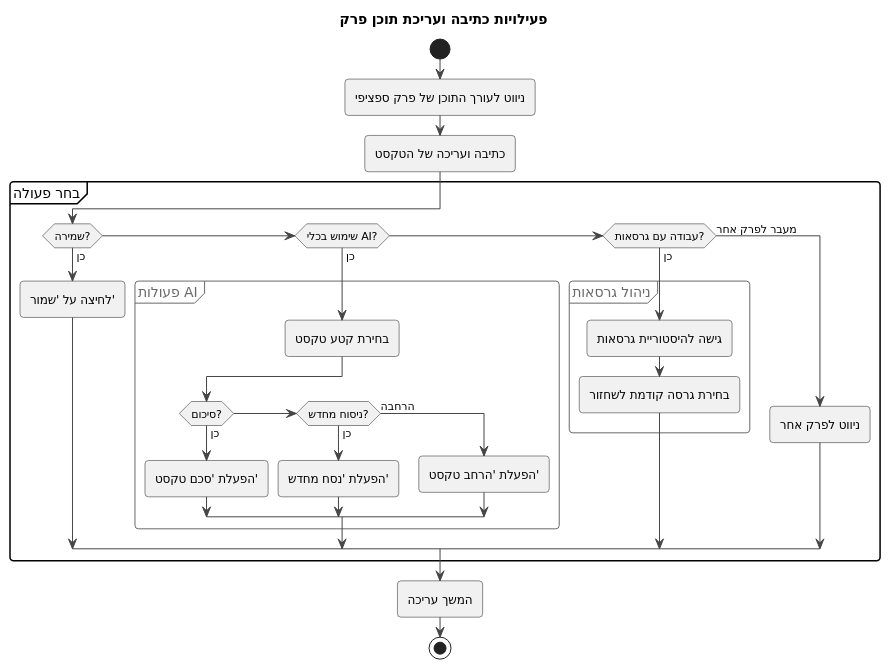
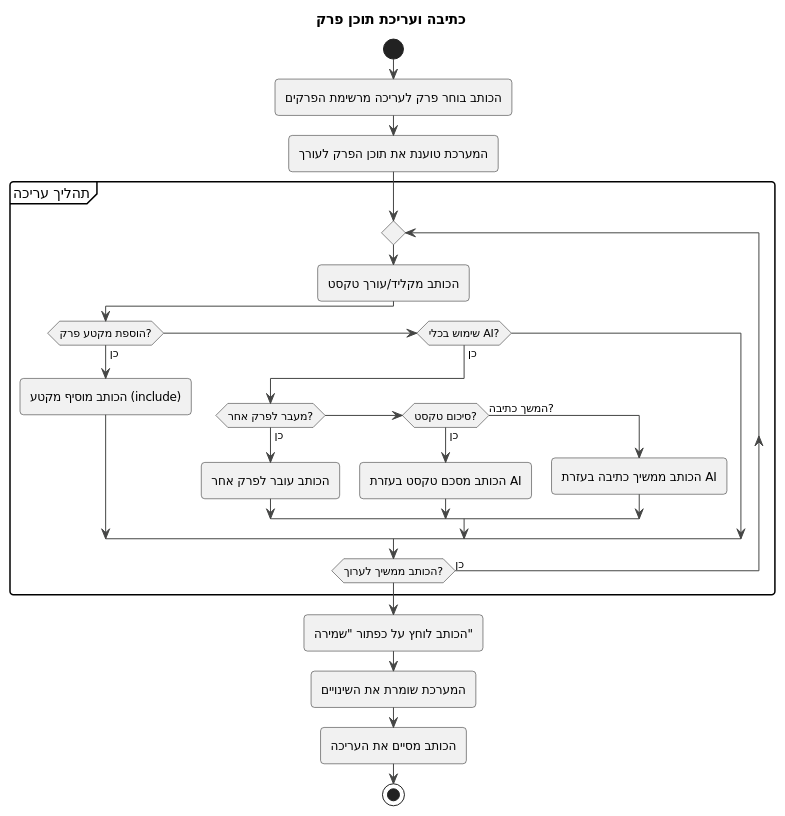
Before and after one commit to Arado3333/PageByPage_Israel_Arad: the diagram in UML/Activity/Writer/WR-UC-04.puml, drawn with PlantUML. The commit also changed 9 other files, not shown here.

```diff
--- a/UML/Activity/Writer/WR-UC-04.puml
+++ b/UML/Activity/Writer/WR-UC-04.puml
@@ -1,42 +1,34 @@
 @startuml
 !theme vibrant
 
-title פעילויות כתיבה ועריכת תוכן פרק
+title "כתיבה ועריכת תוכן פרק"
 
 start
-:ניווט לעורך התוכן של פרק ספציפי;
+:הכותב בוחר פרק לעריכה מרשימת הפרקים;
+:המערכת טוענת את תוכן הפרק לעורך;
 
-:כתיבה ועריכה של הטקסט;
+partition "תהליך עריכה" {
+    repeat
+        :הכותב מקליד/עורך טקסט;
 
-partition "בחר פעולה" {
-  if (שמירה?) then (כן)
-    :לחיצה על 'שמור';
-
-  else if (שימוש בכלי AI?) then (כן)
-    group "פעולות AI"
-      :בחירת קטע טקסט;
-      if (סיכום?) then (כן)
-        :הפעלת 'סכם טקסט';
-      else if (ניסוח מחדש?) then (כן)
-        :הפעלת 'נסח מחדש';
-      else (הרחבה)
-        :הפעלת 'הרחב טקסט';
-      endif
-    end group
-
-  else if (עבודה עם גרסאות?) then (כן)
-    group "ניהול גרסאות"
-      :גישה להיסטוריית גרסאות;
-      :בחירת גרסה קודמת לשחזור;
-    end group
-    
-  else (מעבר לפרק אחר)
-    :ניווט לפרק אחר;
-    
-  endif
+        if (הוספת מקטע פרק?) then (כן)
+            :הכותב מוסיף מקטע (include);
+        else if (שימוש בכלי AI?) then (כן)
+            if (מעבר לפרק אחר?) then (כן)
+                :הכותב עובר לפרק אחר;
+            else if (סיכום טקסט?) then (כן)
+                :הכותב מסכם טקסט בעזרת AI;
+            else (המשך כתיבה?)
+                :הכותב ממשיך כתיבה בעזרת AI;
+            endif
+        endif
+    repeat while (הכותב ממשיך לערוך?) is (כן)
 }
 
-:המשך עריכה;
+:הכותב לוחץ על כפתור "שמירה";
+:המערכת שומרת את השינויים;
+:הכותב מסיים את העריכה;
+
 stop
 
 @enduml
```
